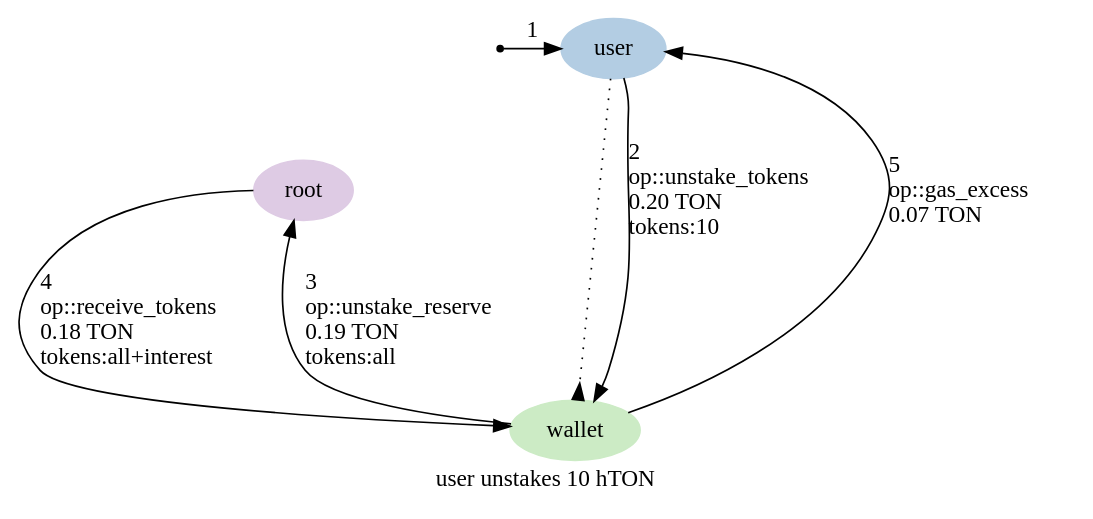
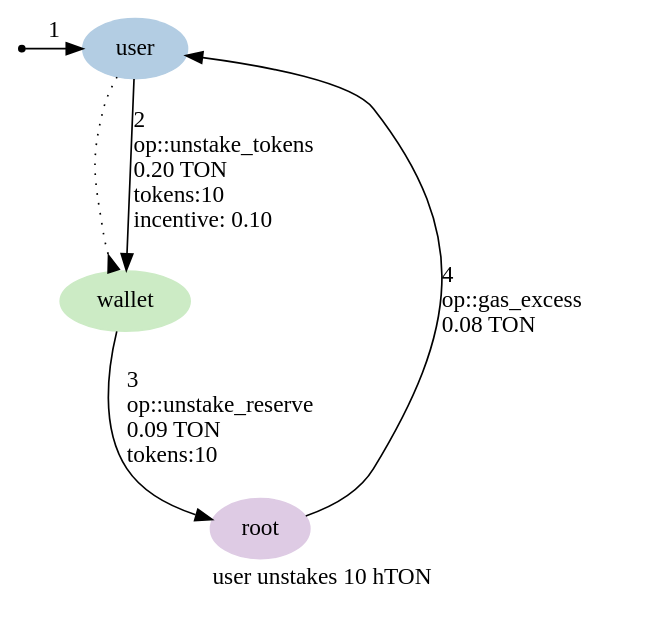
The diagram in graphs/04-unstake-tokens.dot (HipoFinance/contract), drawn with Graphviz before and after one commit. The commit also changed 15 other files, not shown here.

```diff
--- a/graphs/04-unstake-tokens.dot
+++ b/graphs/04-unstake-tokens.dot
@@ -1,23 +1,21 @@
 digraph {
     label="user unstakes 10 hTON"
     node [ colorscheme=pastel19 style=filled ]
 
     /* Entities */
     external [ shape=point ]
     user [ color=2 ]
     root [ color=4 ]
     wallet [ color=3 ]
 
     /* Relationships */
     user -> wallet [ arrowhead=inv style=dotted ]
-    user -> root [ style=invis] // just to put root on a lower level
     external -> user [ label="1" ]
-    user -> wallet [ label="2\l op::unstake_tokens\l 0.20 TON\l tokens:10\l" ]
-    wallet -> root [ label="3\l op::unstake_reserve\l 0.19 TON\l tokens:all\l" ]
-    root -> wallet [ label="4\l op::receive_tokens\l 0.18 TON\l tokens:all+interest\l" ]
-    wallet -> user [ label="5\l op::gas_excess\l 0.07 TON\l" ]
+    user -> wallet [ label="2\l op::unstake_tokens\l 0.20 TON\l tokens:10\l incentive: 0.10\l" ]
+    wallet -> root [ label="3\l op::unstake_reserve\l 0.09 TON\l tokens:10\l" ]
+    root -> user [ label="4\l op::gas_excess\l 0.08 TON\l" ]
 
     /* Ranks */
     { rank=min external user }
-    { rank=max wallet }
+    { rank=max root }
 }
```
